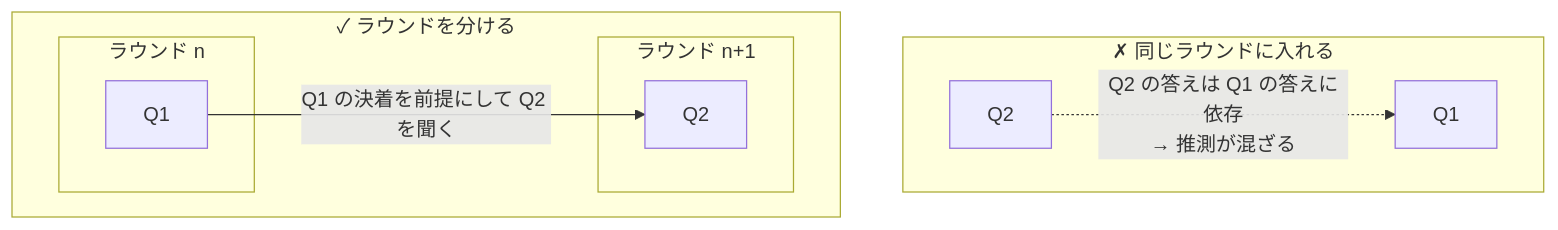
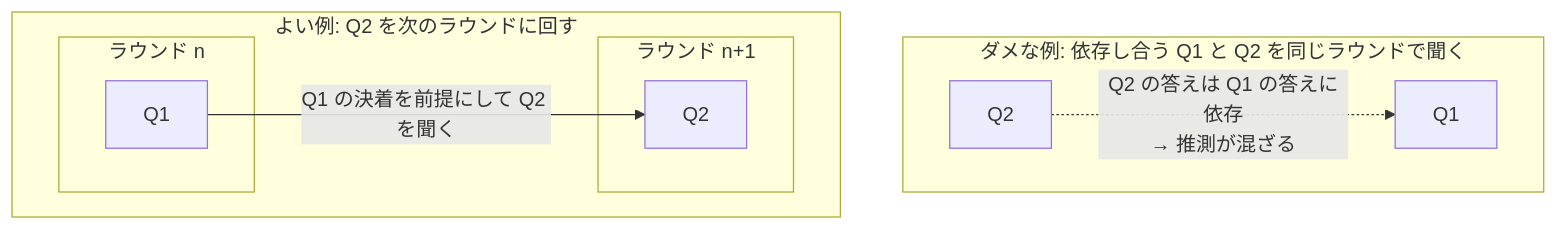
One commit to uehaj/zenn-articles changed the third of 5 diagrams in articles/grilling-frontier-design-tree.md. Above: the diagram before and after it, drawn with Mermaid. The commit also changed other lines of this file, not shown here.

First line of the commit message:
docs: clarify fig.3 labels and add a column on batching rounds

````diff
--- a/articles/grilling-frontier-design-tree.md
+++ b/articles/grilling-frontier-design-tree.md
@@ -109,17 +109,17 @@
 ```mermaid
 flowchart TB
-    subgraph ng["✗ 同じラウンドに入れる"]
+    subgraph ng["ダメな例: 依存し合う Q1 と Q2 を同じラウンドで聞く"]
         direction LR
         a2["Q2"] -. "Q2 の答えは Q1 の答えに依存<br>→ 推測が混ざる" .-> a1["Q1"]
     end
-    subgraph ok["✓ ラウンドを分ける"]
+    subgraph ok["よい例: Q2 を次のラウンドに回す"]
         direction LR
         subgraph rn["ラウンド n"]
             b1["Q1"]
         end
         subgraph rn1["ラウンド n+1"]
             b2["Q2"]
         end
         b1 -- "Q1 の決着を前提にして Q2 を聞く" --> b2
     end
 ```
````
